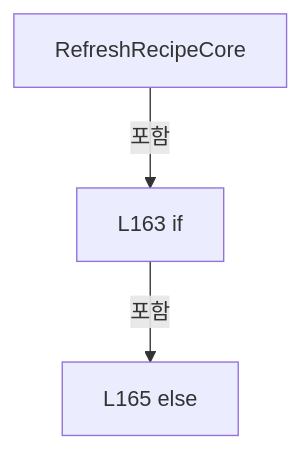
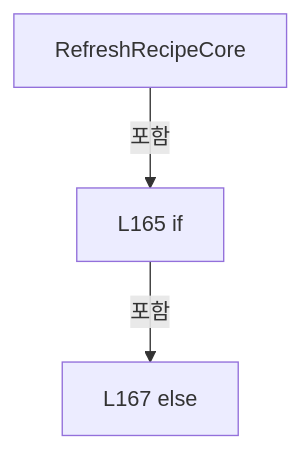
Before and after one commit to kjuws10-rgb/Shared: the eighth of 18 diagrams in A3 LD Code Ref/files/Drilling.Common/Managers/CRecipeManager.cs.md, drawn with Mermaid. The commit also changed other lines of this file and 2071 other files, not shown here.

Commit message:
docs(a3): update 11.19.0 architecture and code reference

````diff
--- a/A3 LD Code Ref/files/Drilling.Common/Managers/CRecipeManager.cs.md
+++ b/A3 LD Code Ref/files/Drilling.Common/Managers/CRecipeManager.cs.md
@@ -1168,8 +1169,8 @@
 ```mermaid
 flowchart TD
  M["RefreshRecipeCore"]
- N0["L163 if"]
+ N0["L165 if"]
  M -->|포함| N0
- N1["L165 else"]
+ N1["L167 else"]
  N0 -->|포함| N1
 ```
````
